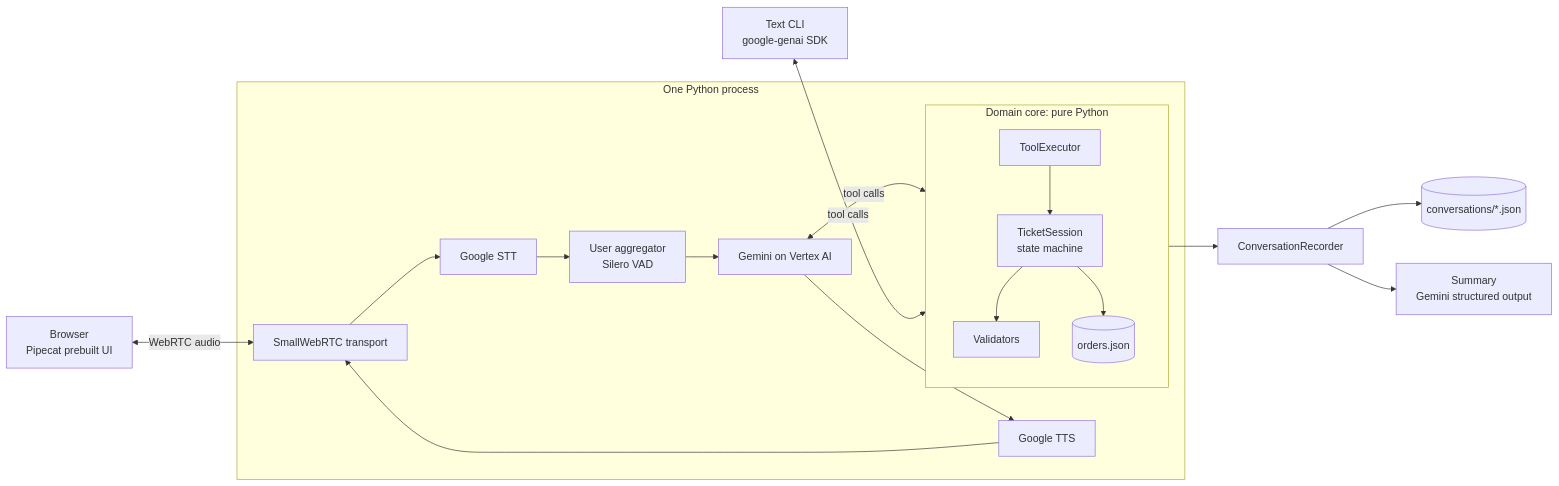
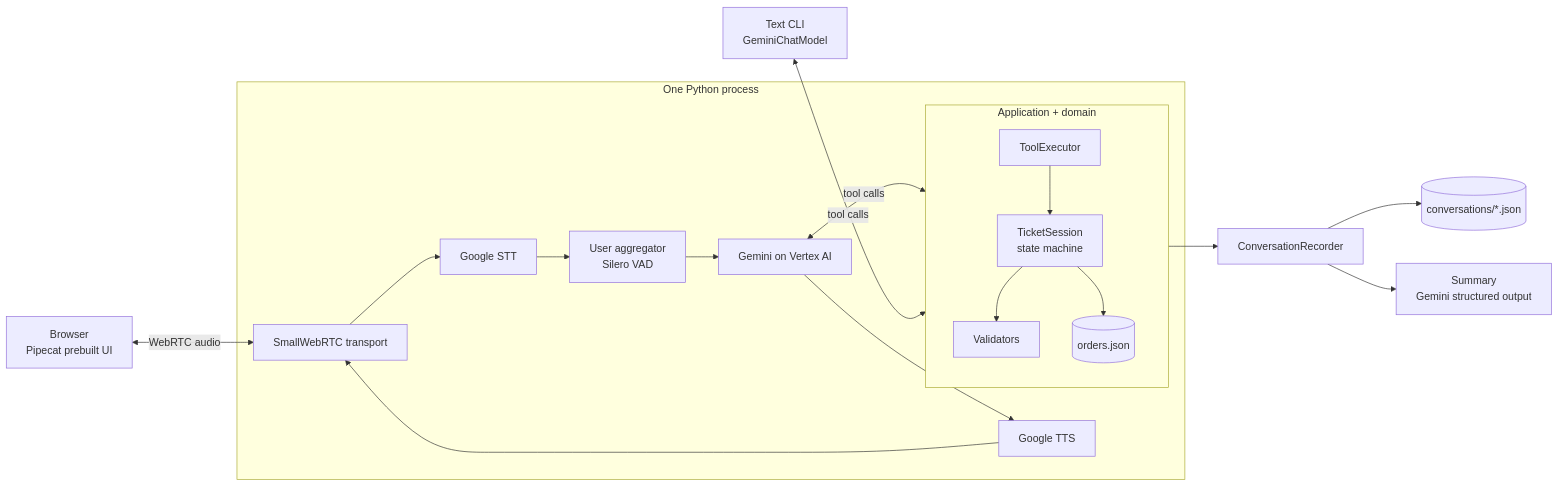
One commit to aesbetancourt/voice-support-agent changed the second of 3 diagrams in README.md. Above: the diagram before and after it, drawn with Mermaid. The commit also changed other lines of this file and 33 other files, not shown here.

First line of the commit message:
Restructure the code as hexagonal architecture

````diff
--- a/README.md
+++ b/README.md
@@ -95,19 +128,19 @@
 ```mermaid
 flowchart LR
     B[Browser<br/>Pipecat prebuilt UI] <-->|WebRTC audio| T
     subgraph P[One Python process]
         T[SmallWebRTC transport] --> STT[Google STT]
         STT --> U[User aggregator<br/>Silero VAD]
         U --> LLM[Gemini on Vertex AI]
         LLM --> TTS[Google TTS] --> T
         LLM <-->|tool calls| Core
     end
-    CLI[Text CLI<br/>google-genai SDK] <-->|tool calls| Core
-    subgraph Core[Domain core: pure Python]
+    CLI[Text CLI<br/>GeminiChatModel] <-->|tool calls| Core
+    subgraph Core[Application + domain]
         X[ToolExecutor] --> S[TicketSession<br/>state machine]
         S --> V[Validators]
         S --> O[(orders.json)]
     end
     Core --> R[ConversationRecorder] --> J[(conversations/*.json)]
     R --> SUM[Summary<br/>Gemini structured output]
 ```
````
